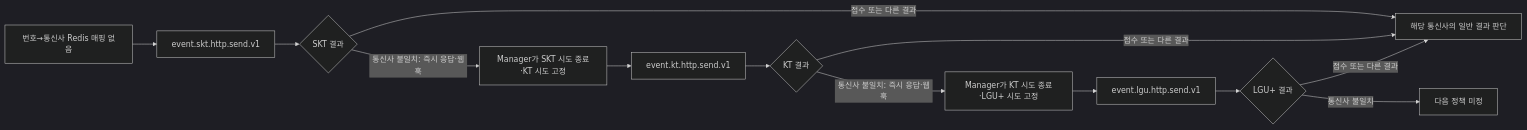
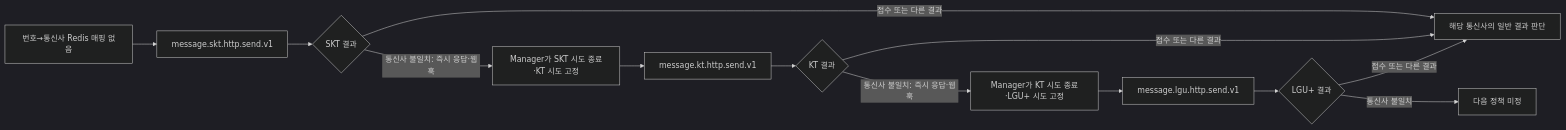
Before and after one commit to hyun-seung/High-throughput-event-platform: the fifth of 10 diagrams in docs/53-신규-메시지-케이스별-Call-Flow.md, drawn with Mermaid (dark theme). The commit also changed other lines of this file and 16 other files, not shown here.

````diff
--- a/docs/53-신규-메시지-케이스별-Call-Flow.md
+++ b/docs/53-신규-메시지-케이스별-Call-Flow.md
@@ -147,15 +147,15 @@
 ```mermaid
 flowchart LR
-    N[번호→통신사 Redis 매핑 없음] --> S[event.skt.http.send.v1]
+    N[번호→통신사 Redis 매핑 없음] --> S[message.skt.http.send.v1]
     S --> R1{SKT 결과}
     R1 -->|통신사 불일치: 즉시 응답·웹훅| M1[Manager가 SKT 시도 종료·KT 시도 고정]
-    M1 --> K[event.kt.http.send.v1]
+    M1 --> K[message.kt.http.send.v1]
     K --> R2{KT 결과}
     R2 -->|통신사 불일치: 즉시 응답·웹훅| M2[Manager가 KT 시도 종료·LGU+ 시도 고정]
-    M2 --> L[event.lgu.http.send.v1]
+    M2 --> L[message.lgu.http.send.v1]
     L --> R3{LGU+ 결과}
     R1 -->|접수 또는 다른 결과| J[해당 통신사의 일반 결과 판단]
     R2 -->|접수 또는 다른 결과| J
     R3 -->|접수 또는 다른 결과| J
     R3 -->|통신사 불일치| U[다음 정책 미정]
 ```
````
